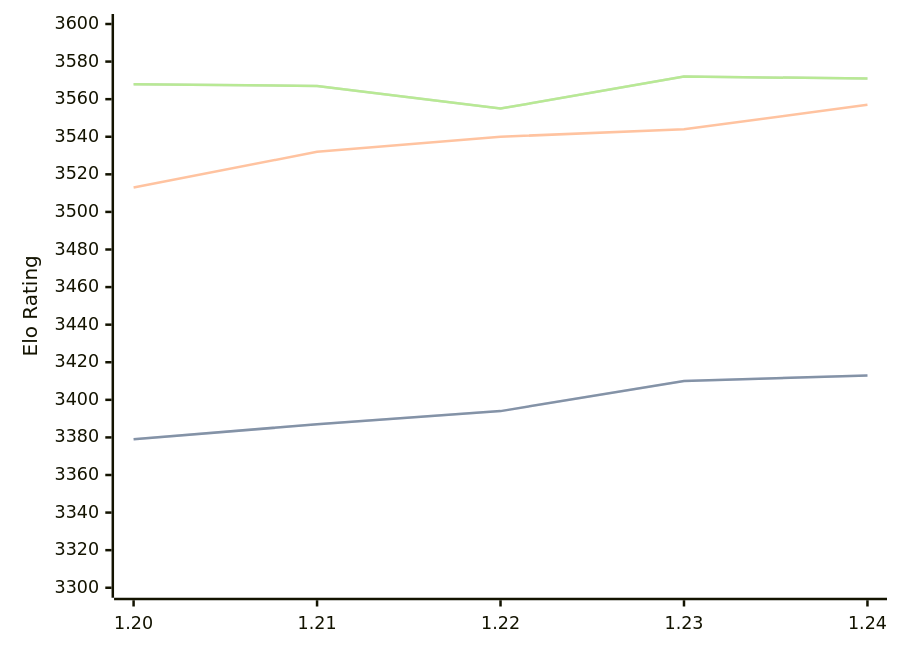
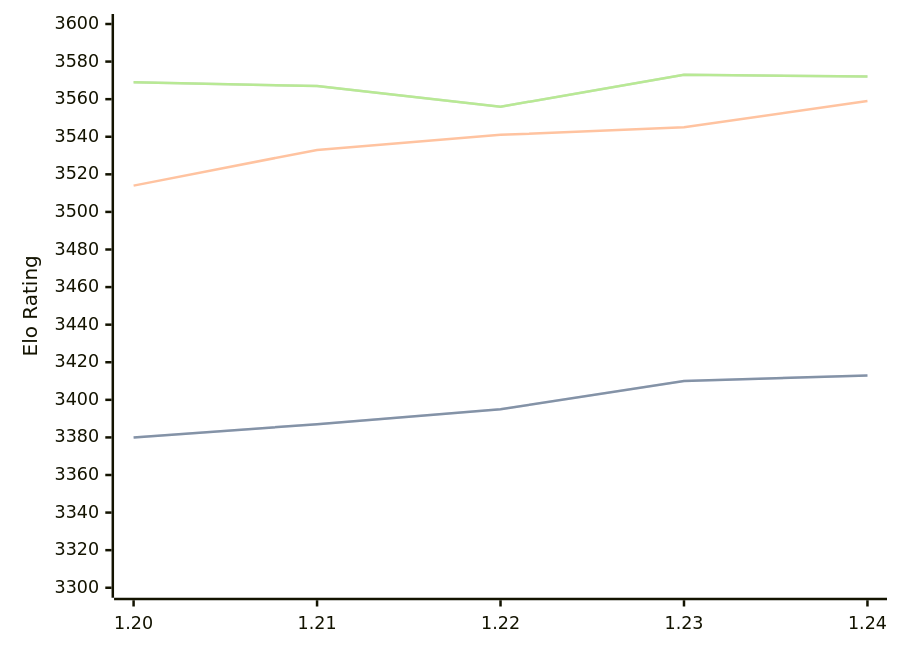
One commit to computer-chess-index/cci changed the diagram in engines/Caissa.md. Above: the diagram before and after it, drawn with Mermaid. The commit also changed other lines of this file, not shown here.

Commit message:
Update CCI Ratings (ELO VLTC) - 2026-03-28

````diff
--- a/engines/Caissa.md
+++ b/engines/Caissa.md
@@ -64,11 +64,11 @@
 ```mermaid
 %%{init: {"theme":"base","themeVariables":{"seriesColors:['#a3a3a3','#222221','#faa371']}}}%%
 xychart-beta
   x-axis ["1.20", "1.21", "1.22", "1.23", "1.24"]
   y-axis "Elo Rating" 3300 --> 3600
-  line "STC (8.0+0.08s)" [3379, 3387, 3394, 3410, 3413]
-  line "STC (8.0+0.08s)" [3379, 3387, 3394, 3410, 3413]
-  line "LTC (60.0+0.60s)" [3513, 3532, 3540, 3544, 3557]
-  line "VLTC (2m24s+1.12s)" [3568, 3567, 3555, 3572, 3571]
-  line "VLTC (2m24s+1.12s)" [3568, 3567, 3555, 3572, 3571]
+  line "STC (8.0+0.08s)" [3380, 3387, 3395, 3410, 3413]
+  line "STC (8.0+0.08s)" [3380, 3387, 3395, 3410, 3413]
+  line "LTC (60.0+0.60s)" [3514, 3533, 3541, 3545, 3559]
+  line "VLTC (2m24s+1.12s)" [3569, 3567, 3556, 3573, 3572]
+  line "VLTC (2m24s+1.12s)" [3569, 3567, 3556, 3573, 3572]
 ```
````
